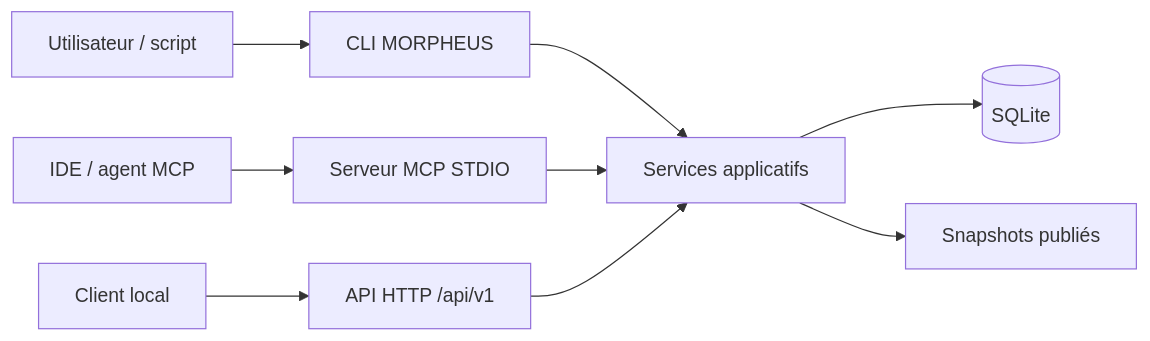
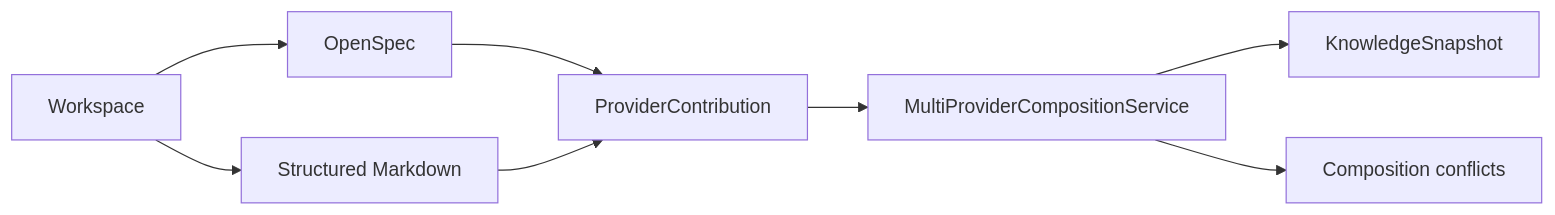
One commit to FTurleque/morpheus-engine changed the first of 2 diagrams in docs/user/README.md. Above: the diagram before and after it, drawn with Mermaid. The commit also changed other lines of this file, not shown here.

````diff
--- a/docs/user/README.md
+++ b/docs/user/README.md
@@ -30,12 +40,10 @@
 ```mermaid
 flowchart LR
-    U[Utilisateur / script] --> CLI[CLI MORPHEUS]
-    A[IDE / agent MCP] --> MCP[Serveur MCP STDIO]
-    C[Client local] --> API[API HTTP /api/v1]
-
-    CLI --> APP[Services applicatifs]
-    MCP --> APP
-    API --> APP
-    APP --> DB[(SQLite)]
-    APP --> SNAP[Snapshots publiés]
+    W[Workspace] --> O[OpenSpec]
+    W --> M[Structured Markdown]
+    O --> C[ProviderContribution]
+    M --> C
+    C --> P[MultiProviderCompositionService]
+    P --> S[KnowledgeSnapshot]
+    P --> X[Composition conflicts]
 ```
````
